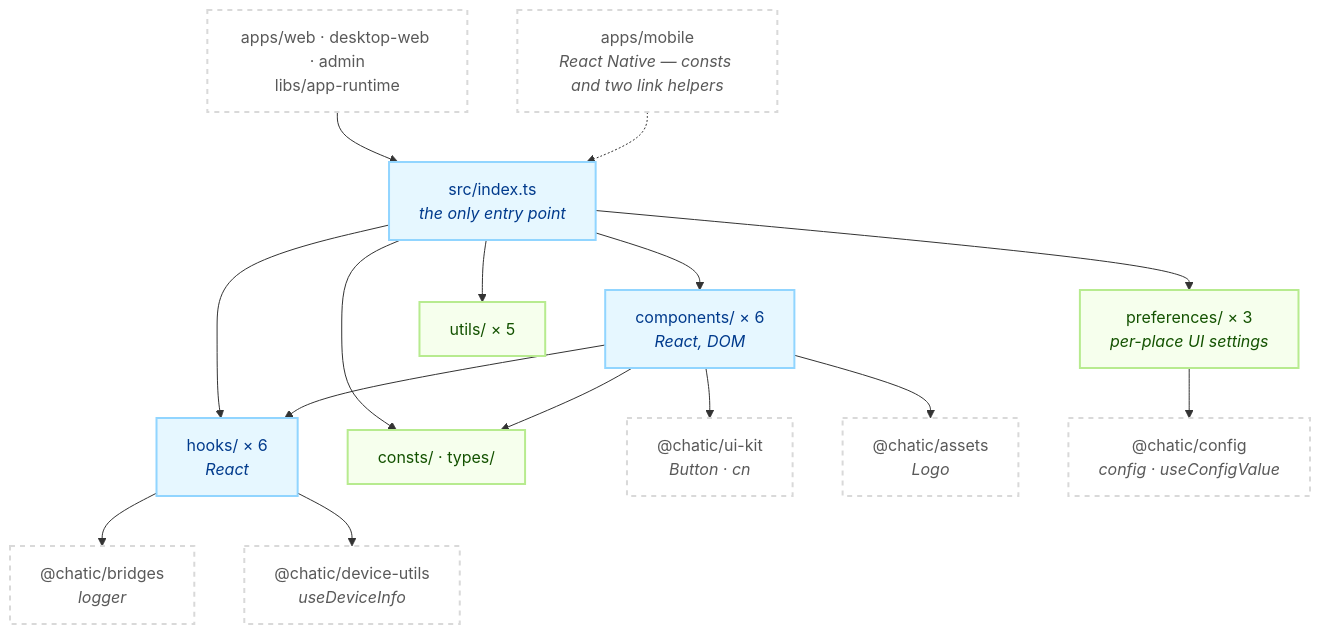
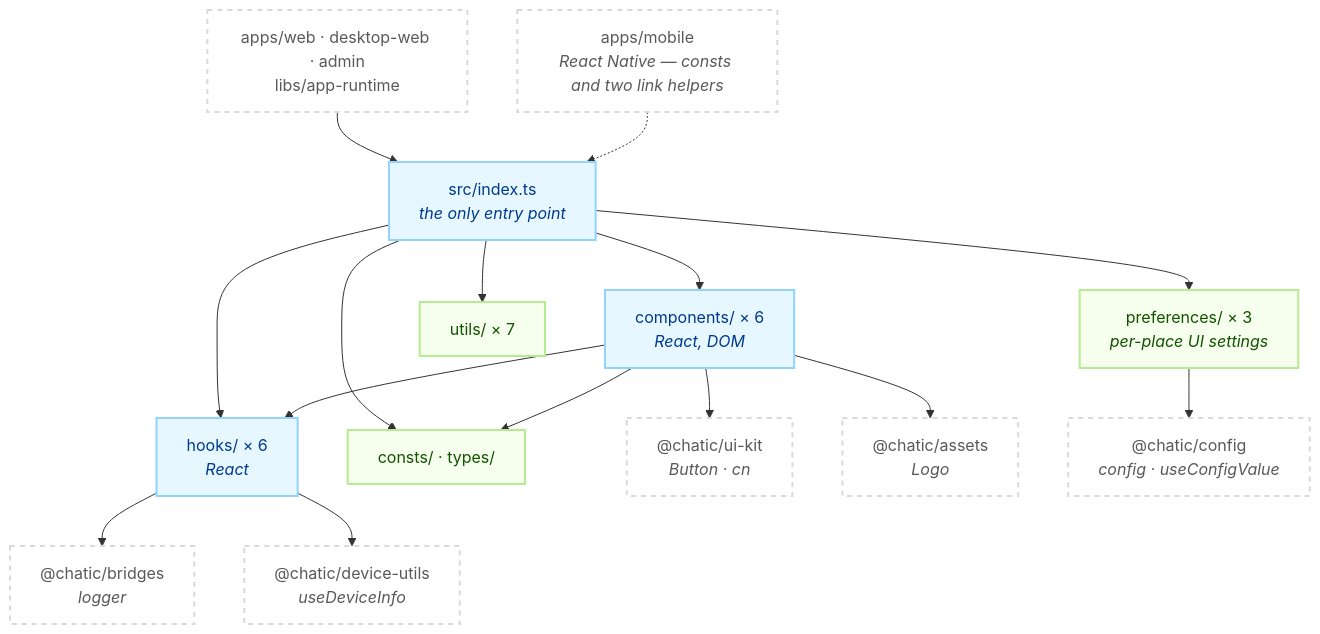
The first of 2 diagrams in libs/shared/README.md (lemoncloud-io/dou-app), drawn with Mermaid before and after one commit. The commit also changed other lines of this file and 5 other files, not shown here.

````diff
--- a/libs/shared/README.md
+++ b/libs/shared/README.md
@@ -129,38 +129,38 @@
 ```mermaid
 flowchart TD
     classDef grp fill:#e6f7ff,stroke:#91d5ff,stroke-width:2px,color:#003a8c;
     classDef pure fill:#f6ffed,stroke:#b7eb8f,stroke-width:2px,color:#135200;
     classDef ext fill:#ffffff,stroke:#d9d9d9,stroke-width:2px,color:#595959,stroke-dasharray: 5 5;
 
     App["apps/web · desktop-web · admin<br/>libs/app-runtime"]:::ext
     RN["apps/mobile<br/><i>React Native — consts and two link helpers</i>"]:::ext
 
     Barrel["src/index.ts<br/><i>the only entry point</i>"]:::grp
 
     Comp["components/ × 6<br/><i>React, DOM</i>"]:::grp
     Hooks["hooks/ × 6<br/><i>React</i>"]:::grp
     Prefs["preferences/ × 3<br/><i>per-place UI settings</i>"]:::pure
-    Utils["utils/ × 5"]:::pure
+    Utils["utils/ × 7"]:::pure
     Const["consts/ · types/"]:::pure
 
     UiKit["@chatic/ui-kit<br/><i>Button · cn</i>"]:::ext
     Assets["@chatic/assets<br/><i>Logo</i>"]:::ext
     Bridges["@chatic/bridges<br/><i>logger</i>"]:::ext
     Cfg["@chatic/config<br/><i>config · useConfigValue</i>"]:::ext
     Dev["@chatic/device-utils<br/><i>useDeviceInfo</i>"]:::ext
 
     App --> Barrel
     RN -.-> Barrel
     Barrel --> Comp
     Barrel --> Hooks
     Barrel --> Prefs
     Barrel --> Utils
     Barrel --> Const
     Comp --> Hooks
     Comp --> Const
     Comp --> UiKit
     Comp --> Assets
     Hooks --> Bridges
     Hooks --> Dev
     Prefs --> Cfg
 ```
````
